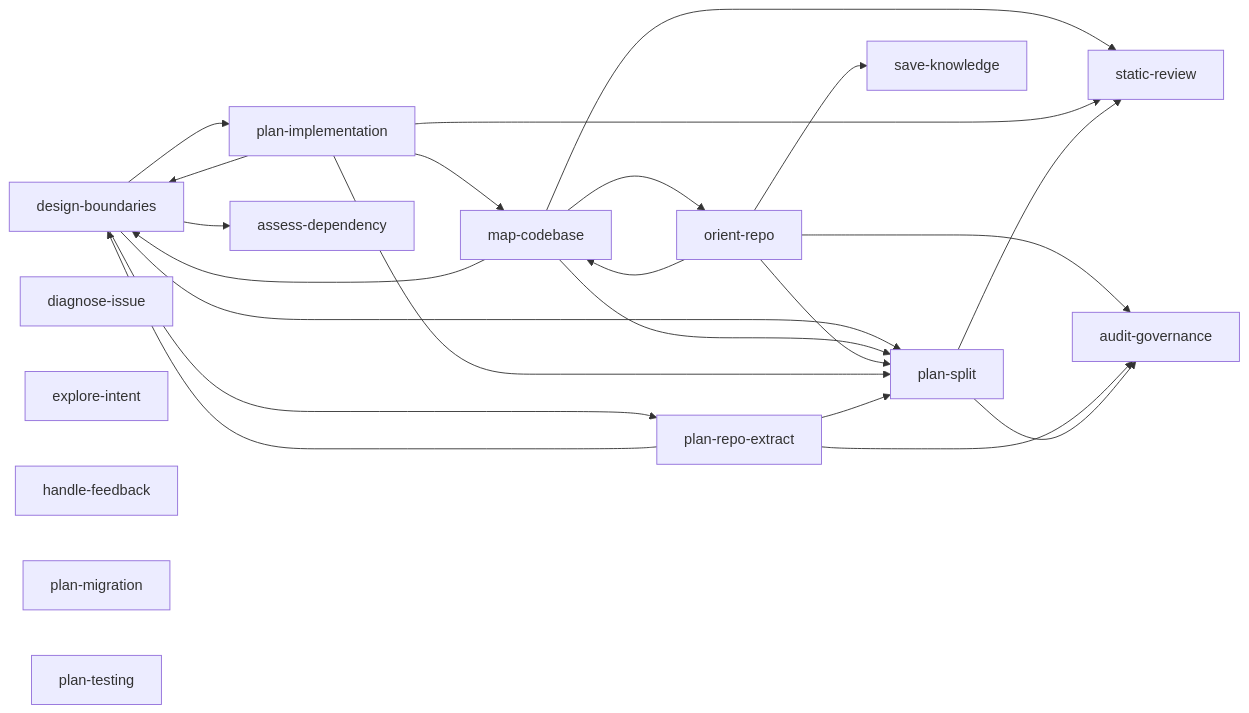
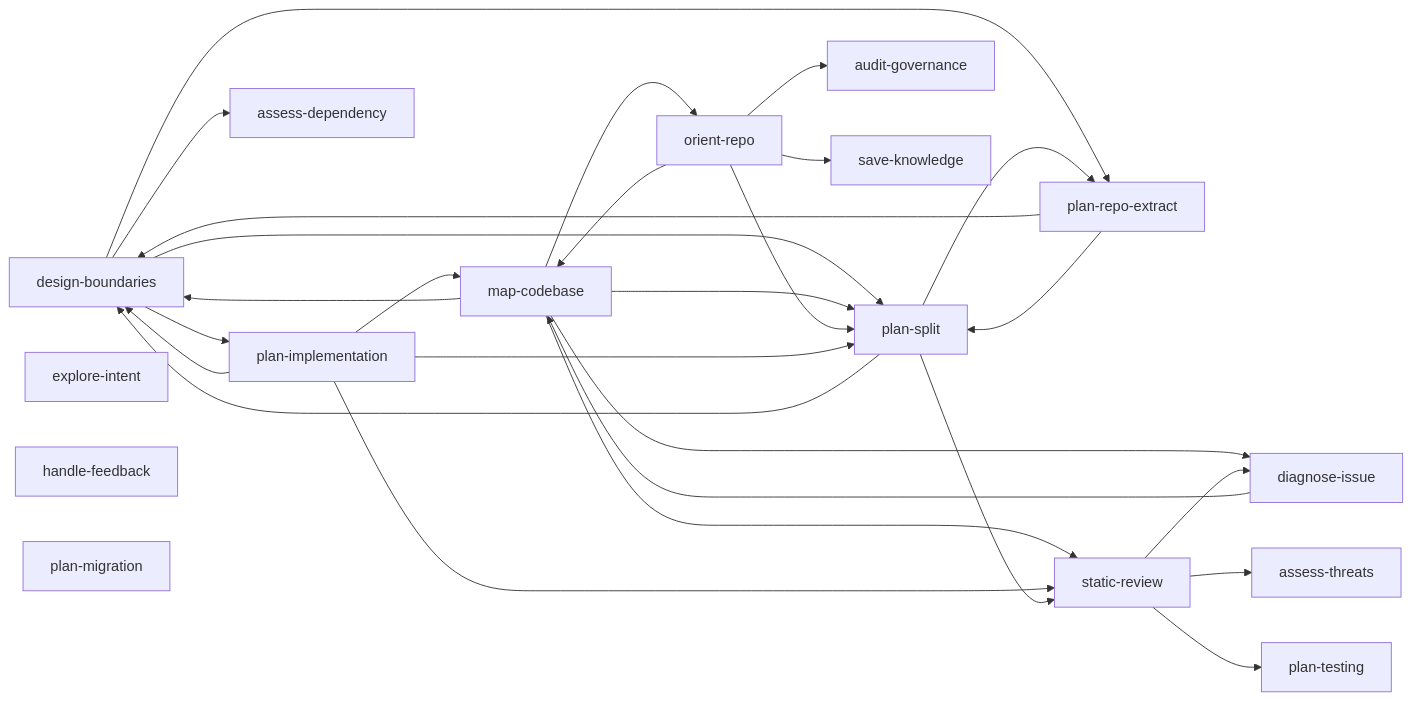
Before and after one commit to tacticaldoll/fornax: the first of 4 diagrams in README.md, drawn with Mermaid. The commit also changed other lines of this file, not shown here.

Commit message:
docs(repo): regenerate the drifted README skill maps
The committed block had drifted from the skills in both directions: eight
handoff edges the skills declare were missing, and two the skills no longer
declare were still drawn. The drift predates this change — regenerating at
the pre-session commit produced the same diff — so it accumulated as
handoffs were edited without rerunning the generator.

Produced by:
  python3 scripts/skill_graph.py --write

Added: diagnose-issue <-> map-codebase, plan-split -> design-boundaries,
plan-split -> plan-repo-extract, static-review -> assess-threats /
diagnose-issue / plan-testing, audit-governance -> resolve-deadlock.
Removed: plan-repo-extract -> audit-governance, plan-split ->
audit-governance.

````diff
--- a/README.md
+++ b/README.md
@@ -79,36 +79,41 @@
 ```mermaid
 flowchart LR
     design-boundaries
     diagnose-issue
     explore-intent
     handle-feedback
     map-codebase
     orient-repo
     plan-implementation
     plan-migration
     plan-repo-extract
     plan-split
     plan-testing
     static-review
     design-boundaries --> assess-dependency
     design-boundaries --> plan-implementation
     design-boundaries --> plan-repo-extract
     design-boundaries --> plan-split
+    diagnose-issue --> map-codebase
     map-codebase --> design-boundaries
+    map-codebase --> diagnose-issue
     map-codebase --> orient-repo
     map-codebase --> plan-split
     map-codebase --> static-review
     orient-repo --> audit-governance
     orient-repo --> map-codebase
     orient-repo --> plan-split
     orient-repo --> save-knowledge
     plan-implementation --> design-boundaries
     plan-implementation --> map-codebase
     plan-implementation --> plan-split
     plan-implementation --> static-review
-    plan-repo-extract --> audit-governance
     plan-repo-extract --> design-boundaries
     plan-repo-extract --> plan-split
-    plan-split --> audit-governance
+    plan-split --> design-boundaries
+    plan-split --> plan-repo-extract
     plan-split --> static-review
+    static-review --> assess-threats
+    static-review --> diagnose-issue
+    static-review --> plan-testing
 ```
````
